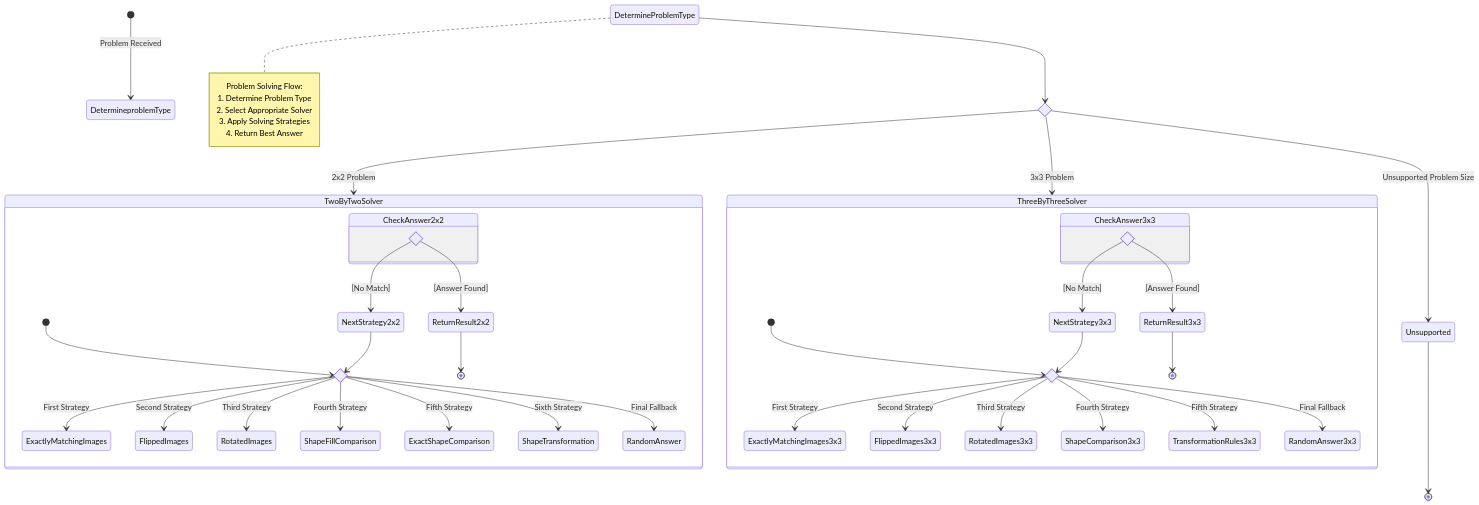
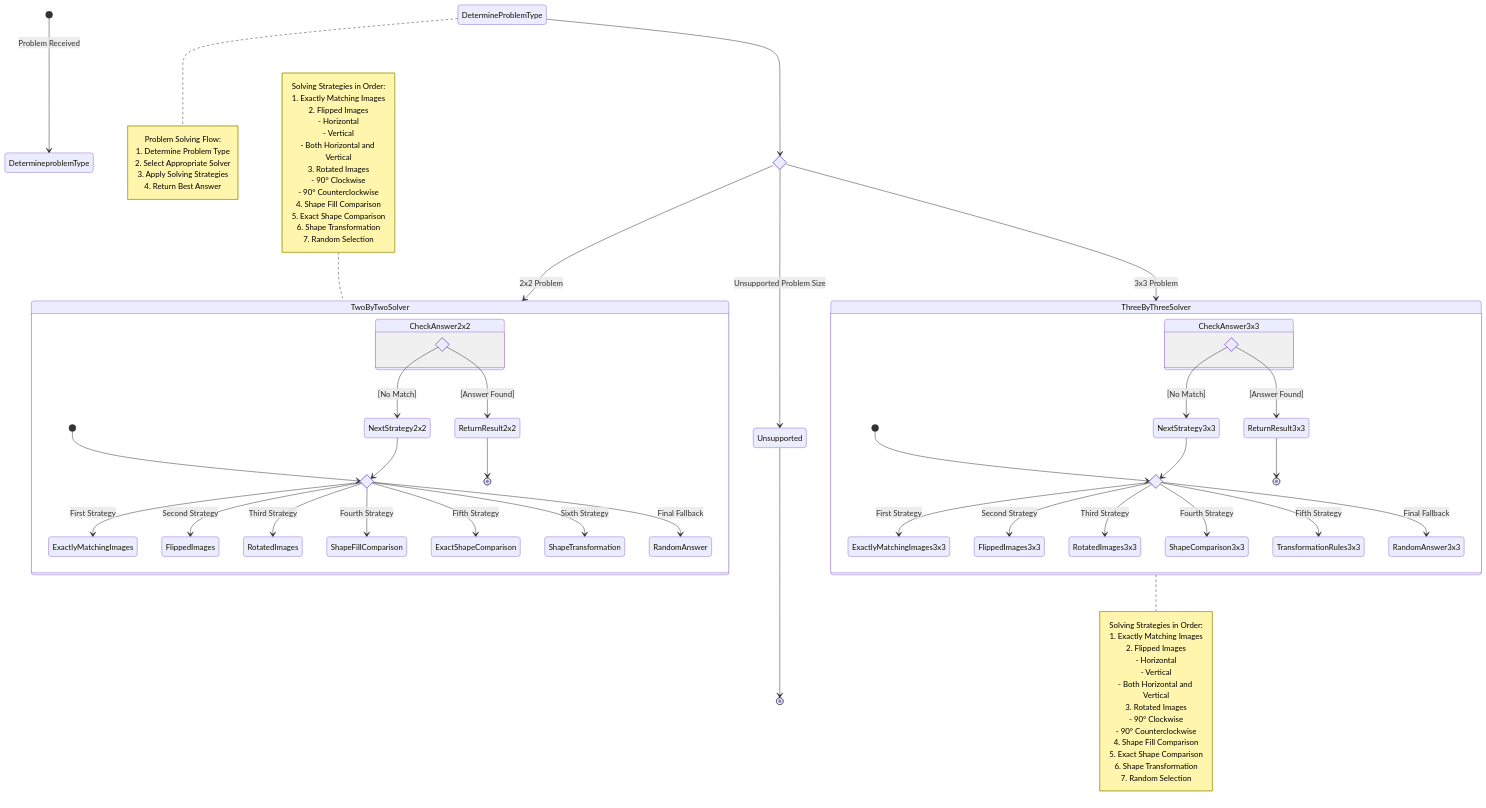
One commit to jigneshshukla/Final_RPM_Project_Diagrams changed the diagram in problem-solving-flowchart.mermaid. Above: the diagram before and after it, drawn with Mermaid.

```diff
--- a/problem-solving-flowchart.mermaid
+++ b/problem-solving-flowchart.mermaid
@@ -1,62 +1,95 @@
 stateDiagram-v2
     [*] --> DetermineproblemType: Problem Received
     
     state problem_type_selection <<choice>>
     DetermineProblemType --> problem_type_selection
 
     problem_type_selection --> TwoByTwoSolver: 2x2 Problem
     problem_type_selection --> ThreeByThreeSolver: 3x3 Problem
     problem_type_selection --> Unsupported: Unsupported Problem Size
 
     state TwoByTwoSolver {
         state solve_strategies_2x2 <<choice>>
         [*] --> solve_strategies_2x2
         
         solve_strategies_2x2 --> ExactlyMatchingImages: First Strategy
         solve_strategies_2x2 --> FlippedImages: Second Strategy
         solve_strategies_2x2 --> RotatedImages: Third Strategy
         solve_strategies_2x2 --> ShapeFillComparison: Fourth Strategy
         solve_strategies_2x2 --> ExactShapeComparison: Fifth Strategy
         solve_strategies_2x2 --> ShapeTransformation: Sixth Strategy
         solve_strategies_2x2 --> RandomAnswer: Final Fallback
 
         state CheckAnswer2x2 {
             state if_answer_2x2 <<choice>>
             if_answer_2x2 --> ReturnResult2x2: [Answer Found]
             if_answer_2x2 --> NextStrategy2x2: [No Match]
         }
 
         NextStrategy2x2 --> solve_strategies_2x2
         ReturnResult2x2 --> [*]
+
     }
 
     state ThreeByThreeSolver {
         state solve_strategies_3x3 <<choice>>
         [*] --> solve_strategies_3x3
         
         solve_strategies_3x3 --> ExactlyMatchingImages3x3: First Strategy
         solve_strategies_3x3 --> FlippedImages3x3: Second Strategy
         solve_strategies_3x3 --> RotatedImages3x3: Third Strategy
         solve_strategies_3x3 --> ShapeComparison3x3: Fourth Strategy
         solve_strategies_3x3 --> TransformationRules3x3: Fifth Strategy
         solve_strategies_3x3 --> RandomAnswer3x3: Final Fallback
 
         state CheckAnswer3x3 {
             state if_answer_3x3 <<choice>>
             if_answer_3x3 --> ReturnResult3x3: [Answer Found]
             if_answer_3x3 --> NextStrategy3x3: [No Match]
         }
 
         NextStrategy3x3 --> solve_strategies_3x3
         ReturnResult3x3 --> [*]
     }
 
     Unsupported --> [*]
 
     note right of DetermineProblemType
         Problem Solving Flow:
         1. Determine Problem Type
         2. Select Appropriate Solver
         3. Apply Solving Strategies
         4. Return Best Answer
     end note
+
+    note left of TwoByTwoSolver
+        Solving Strategies in Order:
+        1. Exactly Matching Images
+        2. Flipped Images
+           - Horizontal
+           - Vertical
+           - Both Horizontal and Vertical
+        3. Rotated Images
+           - 90° Clockwise
+           - 90° Counterclockwise
+        4. Shape Fill Comparison
+        5. Exact Shape Comparison
+        6. Shape Transformation
+        7. Random Selection
+    end note
+    
+    note right of ThreeByThreeSolver
+        Solving Strategies in Order:
+        1. Exactly Matching Images
+        2. Flipped Images
+           - Horizontal
+           - Vertical
+           - Both Horizontal and Vertical
+        3. Rotated Images
+           - 90° Clockwise
+           - 90° Counterclockwise
+        4. Shape Fill Comparison
+        5. Exact Shape Comparison
+        6. Shape Transformation
+        7. Random Selection
+    end note
```
